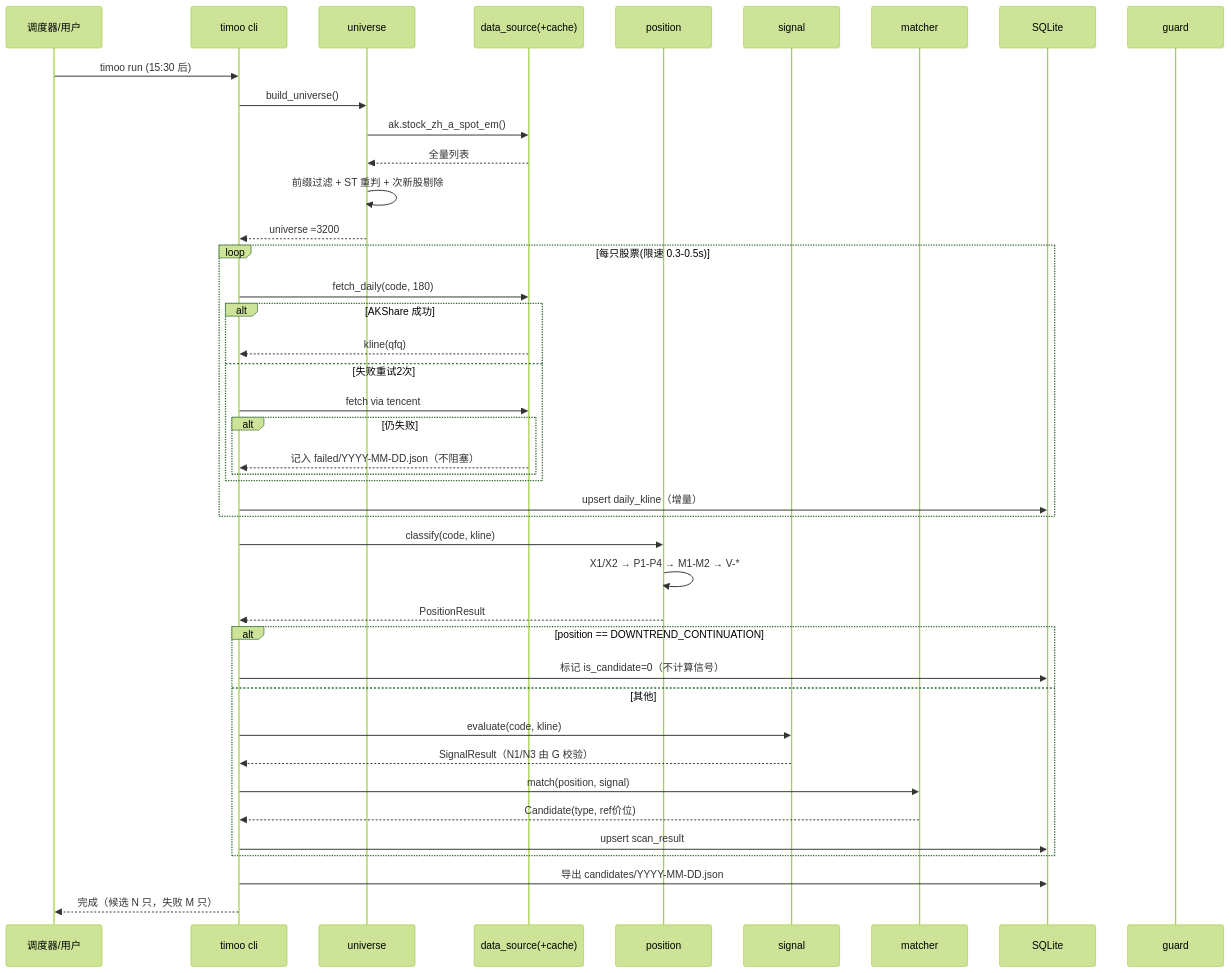
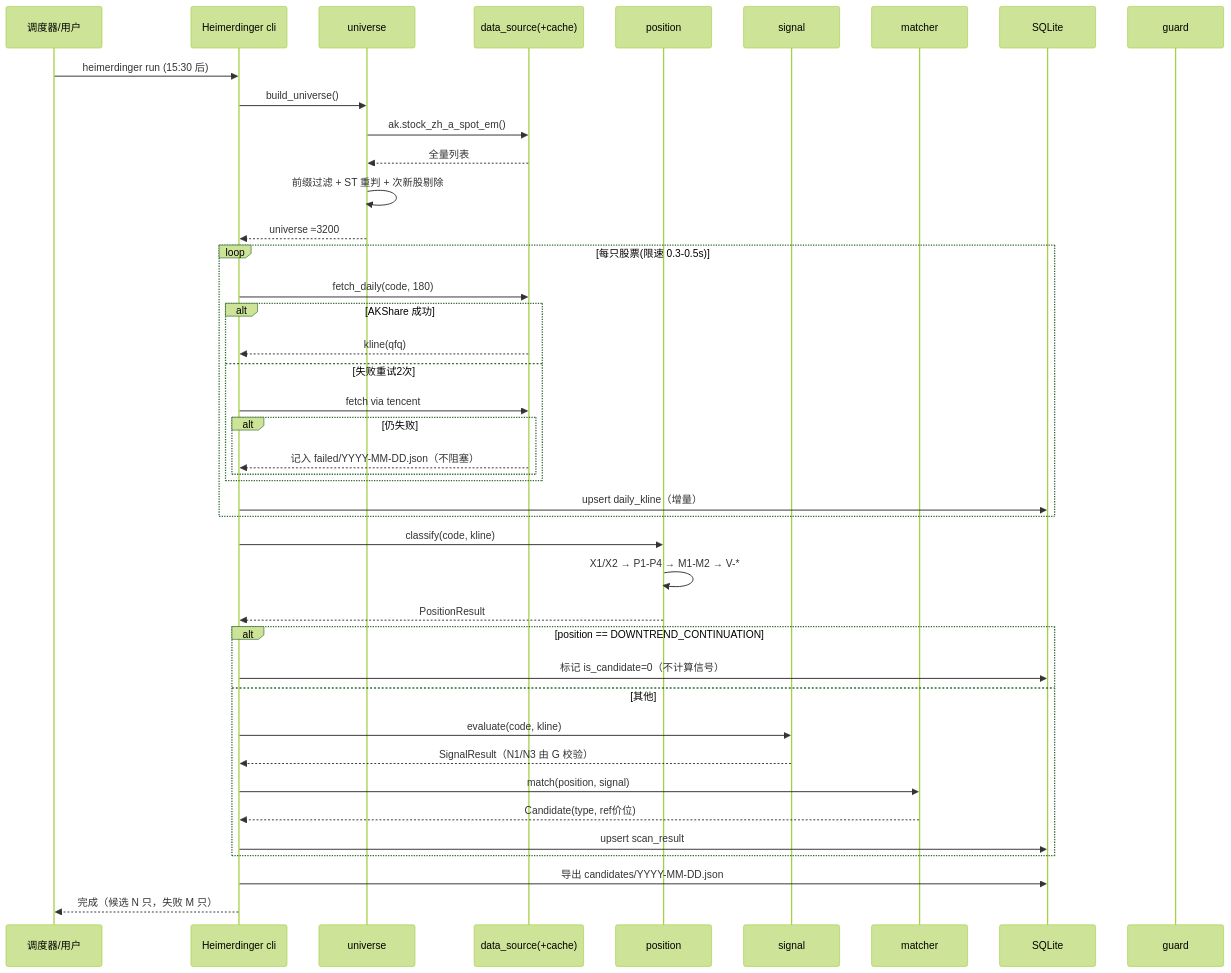
One commit to DaTongDXM/Heimerdinger changed the second of 3 diagrams in docs/ARCHITECTURE.md. Above: the diagram before and after it, drawn with Mermaid (forest theme). The commit also changed other lines of this file and 33 other files, not shown here.

First line of the commit message:
refactor: 项目更名 timoo → Heimerdinger

````diff
--- a/docs/ARCHITECTURE.md
+++ b/docs/ARCHITECTURE.md
@@ -261,49 +261,49 @@
 ```mermaid
 sequenceDiagram
     participant S as 调度器/用户
-    participant CLI as timoo cli
+    participant CLI as Heimerdinger cli
     participant U as universe
     participant DS as data_source(+cache)
     participant P as position
     participant SG as signal
     participant M as matcher
     participant DB as SQLite
     participant G as guard
 
-    S->>CLI: timoo run (15:30 后)
+    S->>CLI: heimerdinger run (15:30 后)
     CLI->>U: build_universe()
     U->>DS: ak.stock_zh_a_spot_em()
     DS-->>U: 全量列表
     U->>U: 前缀过滤 + ST 重判 + 次新股剔除
     U-->>CLI: universe ≈3200
 
     loop 每只股票(限速 0.3-0.5s)
         CLI->>DS: fetch_daily(code, 180)
         alt AKShare 成功
             DS-->>CLI: kline(qfq)
         else 失败重试2次
             CLI->>DS: fetch via tencent
             alt 仍失败
                 DS-->>CLI: 记入 failed/YYYY-MM-DD.json（不阻塞）
             end
         end
         CLI->>DB: upsert daily_kline（增量）
     end
 
     CLI->>P: classify(code, kline)
     P->>P: X1/X2 → P1-P4 → M1-M2 → V-*
     P-->>CLI: PositionResult
 
     alt position == DOWNTREND_CONTINUATION
         CLI->>DB: 标记 is_candidate=0（不计算信号）
     else 其他
         CLI->>SG: evaluate(code, kline)
         SG-->>CLI: SignalResult（N1/N3 由 G 校验）
         CLI->>M: match(position, signal)
         M-->>CLI: Candidate(type, ref价位)
         CLI->>DB: upsert scan_result
     end
 
     CLI->>DB: 导出 candidates/YYYY-MM-DD.json
     CLI-->>S: 完成（候选 N 只，失败 M 只）
 ```
````
